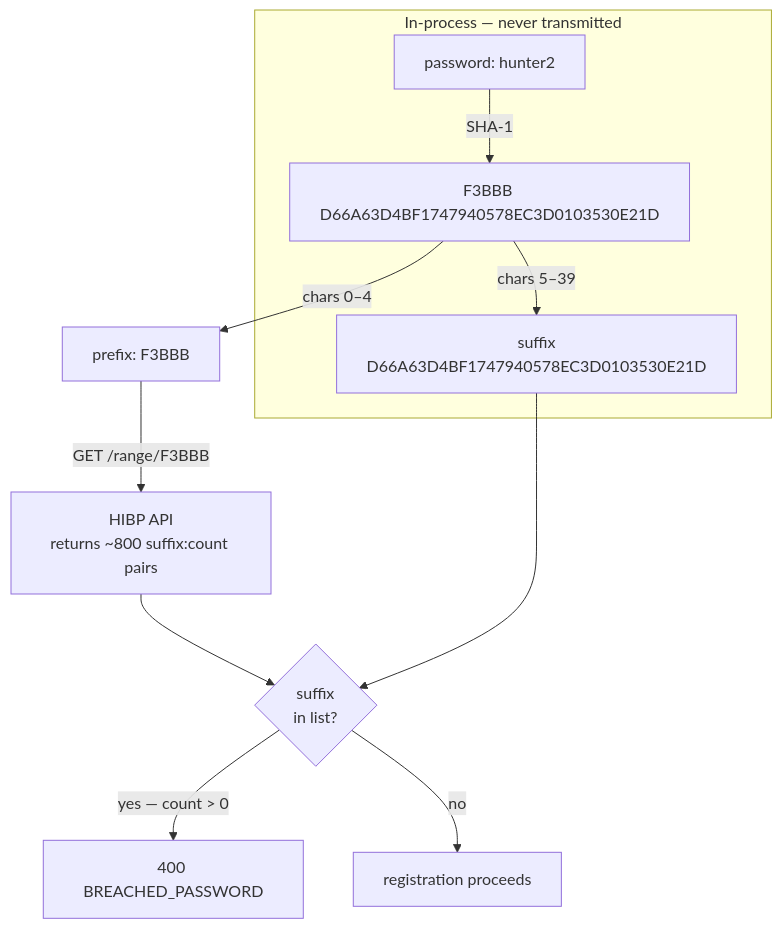
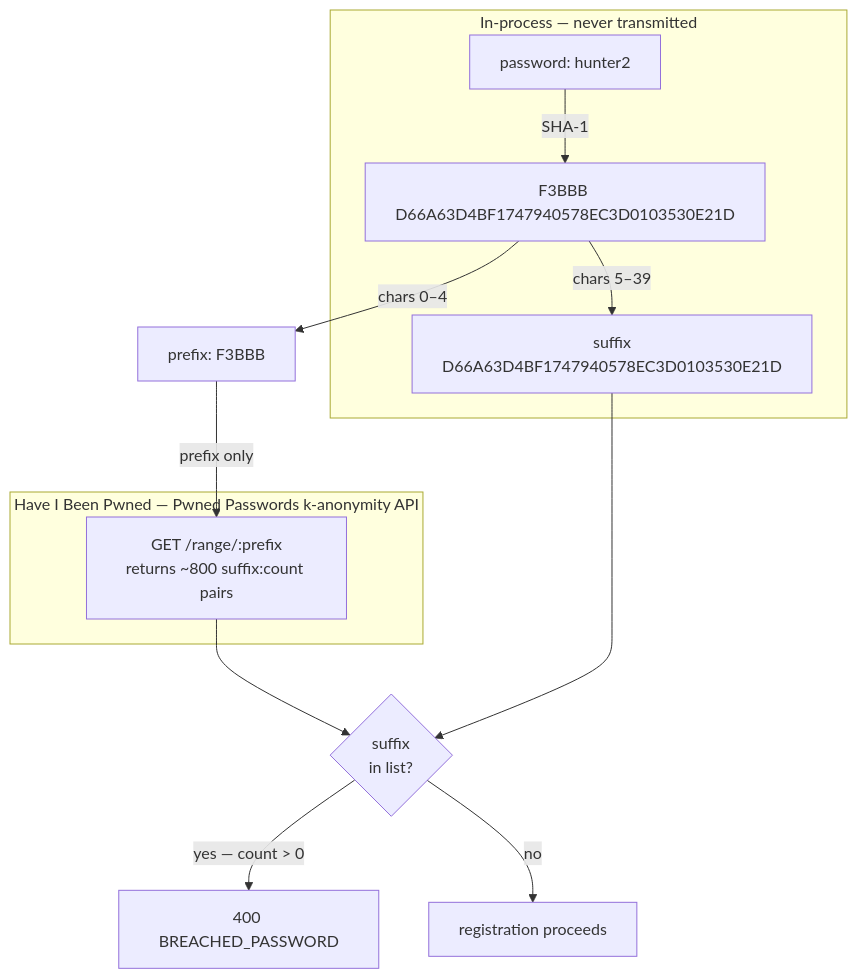
Before and after one commit to LyteCodes/hustlehub-plus: the fourth of 5 diagrams in README.md, drawn with Mermaid. The commit also changed other lines of this file, not shown here.

Commit message:
refactor: update feature heading

````diff
--- a/README.md
+++ b/README.md
@@ -574,14 +574,18 @@
 ```mermaid
 flowchart TD
     subgraph local["In-process — never transmitted"]
         A["password: hunter2"] -->|SHA-1| B["F3BBB D66A63D4BF1747940578EC3D0103530E21D"]
         B -->|"chars 5–39"| SFX["suffix\nD66A63D4BF1747940578EC3D0103530E21D"]
     end
 
+    subgraph hibp["Have I Been Pwned — Pwned Passwords k-anonymity API"]
+        HIBP["GET /range/:prefix\nreturns ~800 suffix:count pairs"]
+    end
+
     B -->|"chars 0–4"| PFX["prefix: F3BBB"]
-    PFX -->|"GET /range/F3BBB"| HIBP["HIBP API\nreturns ~800 suffix:count pairs"]
+    PFX -->|"prefix only"| HIBP
     HIBP --> CMP{"suffix\nin list?"}
     SFX --> CMP
     CMP -->|"yes — count > 0"| BLK["400 BREACHED_PASSWORD"]
     CMP -->|no| OK["registration proceeds"]
 ```
````
